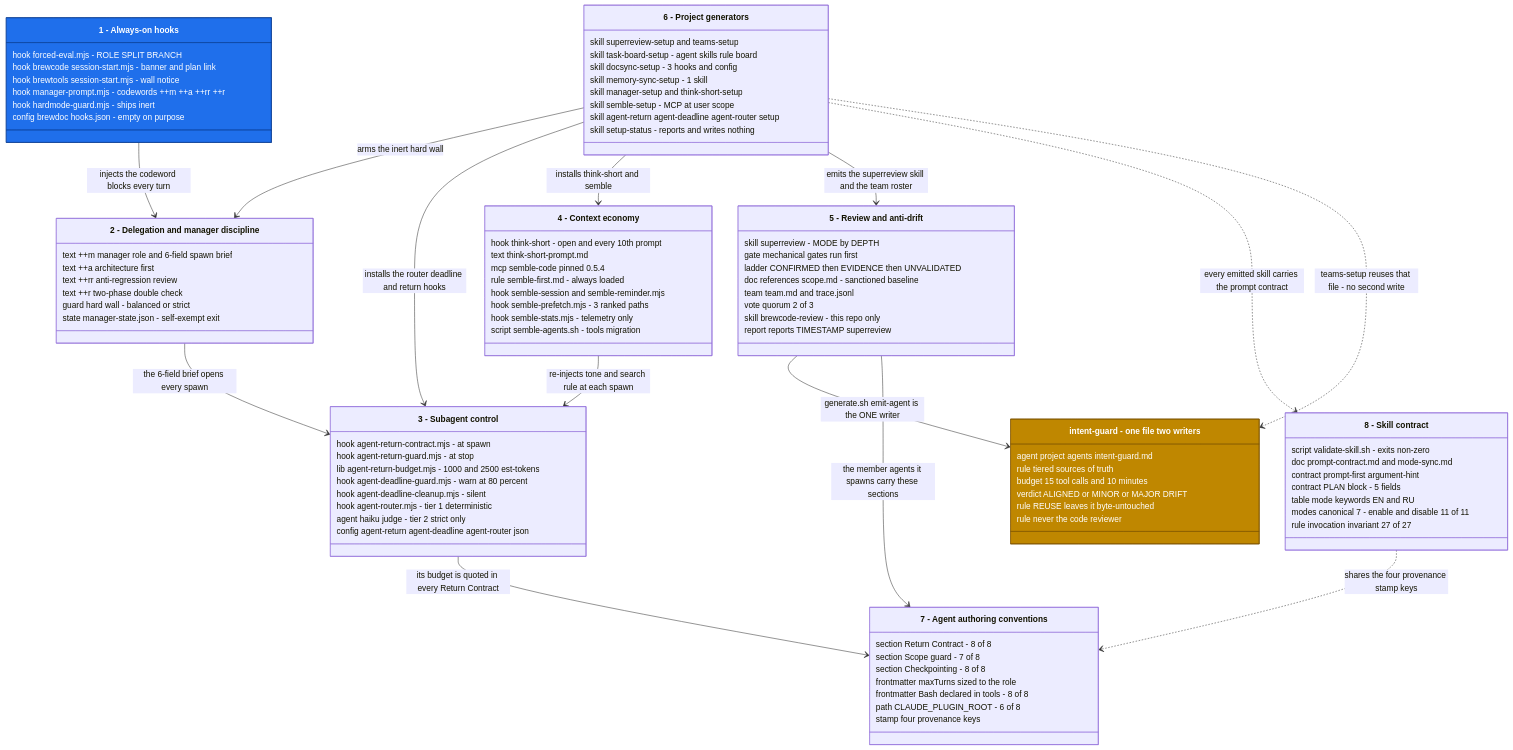
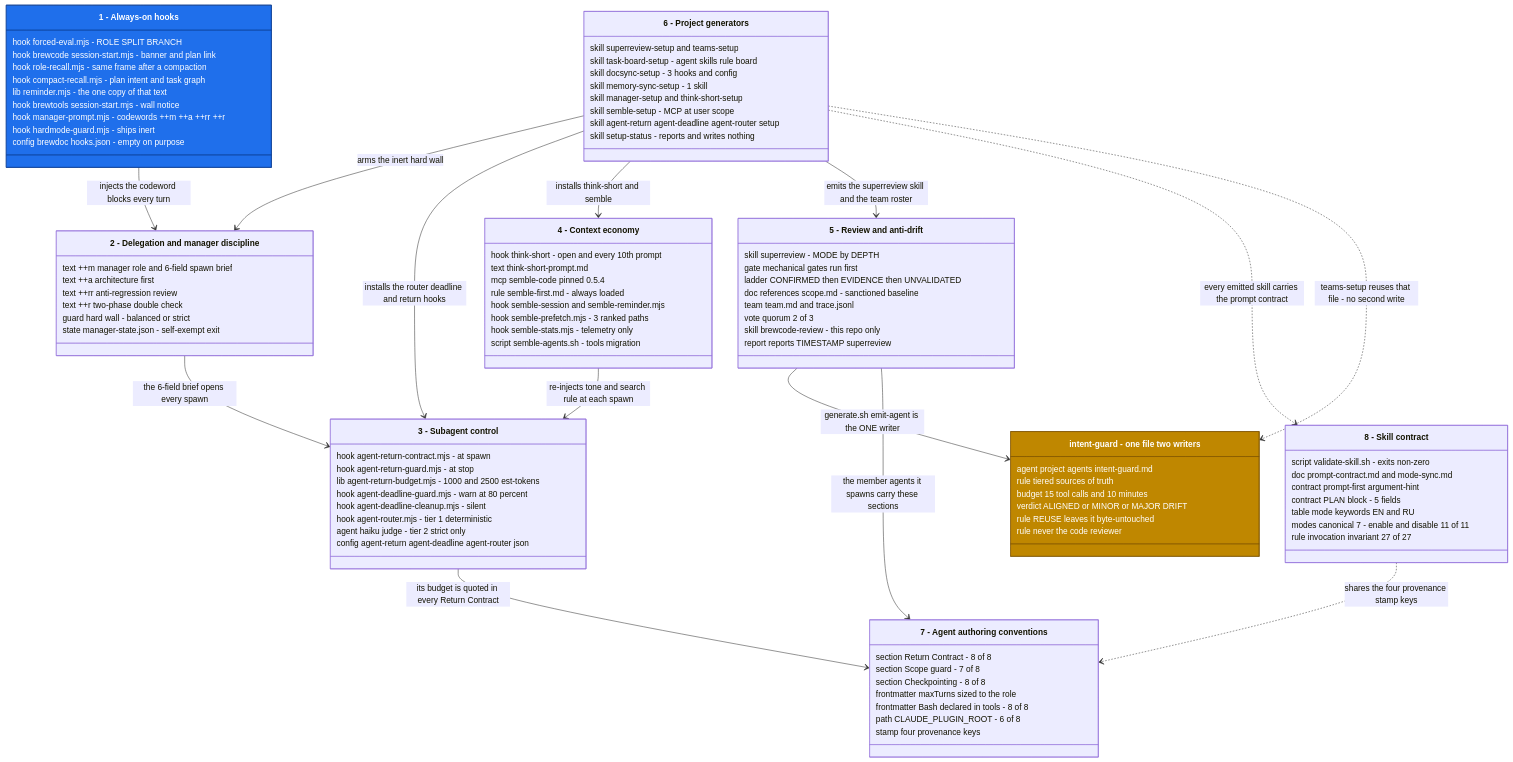
The first of 2 diagrams in APPROACHES.md (kochetkov-ma/claude-brewcode), drawn with Mermaid before and after one commit. The commit also changed other lines of this file and 85 other files, not shown here.

Commit message:
v5.7.0: post-compaction role/plan/task recall hooks + agent-router content_version staleness

```diff
--- a/APPROACHES.md
+++ b/APPROACHES.md
@@ -47,6 +49,9 @@
   class S1["1 - Always-on hooks"] {
     hook forced-eval.mjs - ROLE SPLIT BRANCH
     hook brewcode session-start.mjs - banner and plan link
+    hook role-recall.mjs - same frame after a compaction
+    hook compact-recall.mjs - plan intent and task graph
+    lib reminder.mjs - the one copy of that text
     hook brewtools session-start.mjs - wall notice
     hook manager-prompt.mjs - codewords ++m ++a ++rr ++r
     hook hardmode-guard.mjs - ships inert
```
